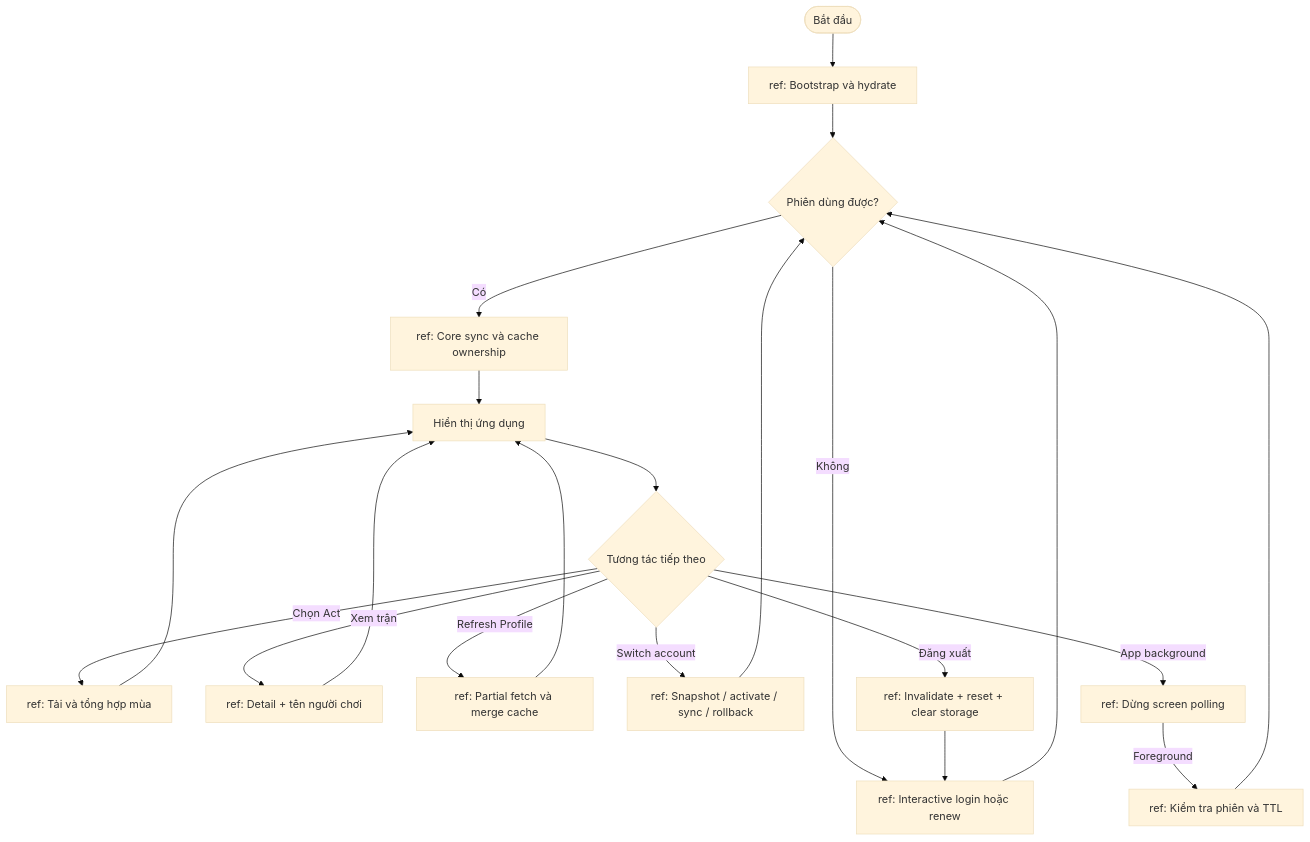
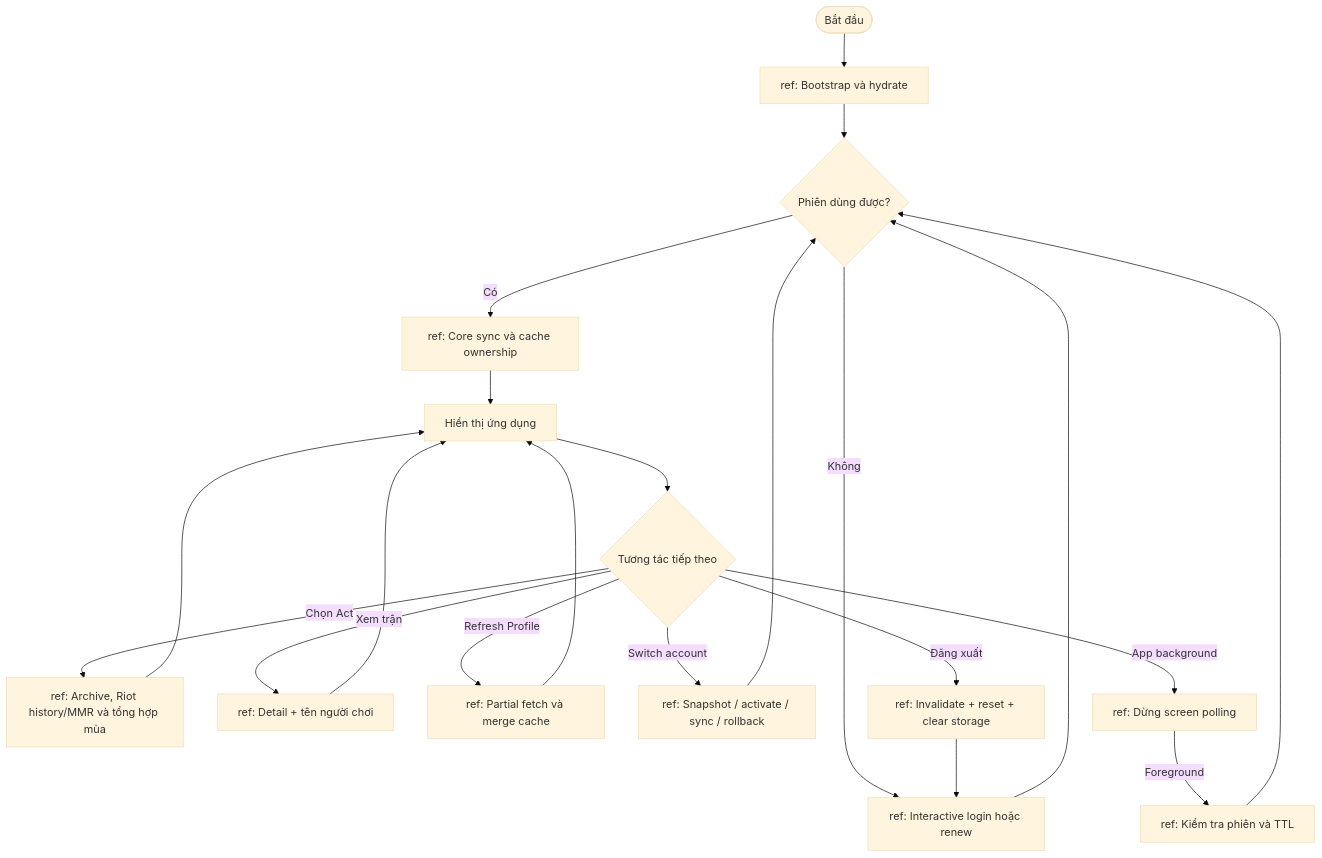
The diagram in markdown/16-interaction-overview.md (GinzaTech/Vshop), drawn with Mermaid (base theme) before and after one commit. The commit also changed other lines of this file and 56 other files, not shown here.

````diff
--- a/markdown/16-interaction-overview.md
+++ b/markdown/16-interaction-overview.md
@@ -6,23 +6,23 @@
 ```mermaid
 flowchart TD
     A([Bắt đầu]) --> B[ref: Bootstrap và hydrate]
     B --> C{Phiên dùng được?}
     C -- Không --> D[ref: Interactive login hoặc renew]
     D --> C
     C -- Có --> E[ref: Core sync và cache ownership]
     E --> F[Hiển thị ứng dụng]
     F --> G{Tương tác tiếp theo}
-    G -- Chọn Act --> H[ref: Tải và tổng hợp mùa]
+    G -- Chọn Act --> H[ref: Archive, Riot history/MMR và tổng hợp mùa]
     G -- Xem trận --> I[ref: Detail + tên người chơi]
     G -- Refresh Profile --> J[ref: Partial fetch và merge cache]
     G -- Switch account --> K[ref: Snapshot / activate / sync / rollback]
     G -- Đăng xuất --> L[ref: Invalidate + reset + clear storage]
     H --> F
     I --> F
     J --> F
     K --> C
     L --> D
     G -- App background --> M[ref: Dừng screen polling]
     M -->|Foreground| N[ref: Kiểm tra phiên và TTL]
     N --> C
 ```
````
